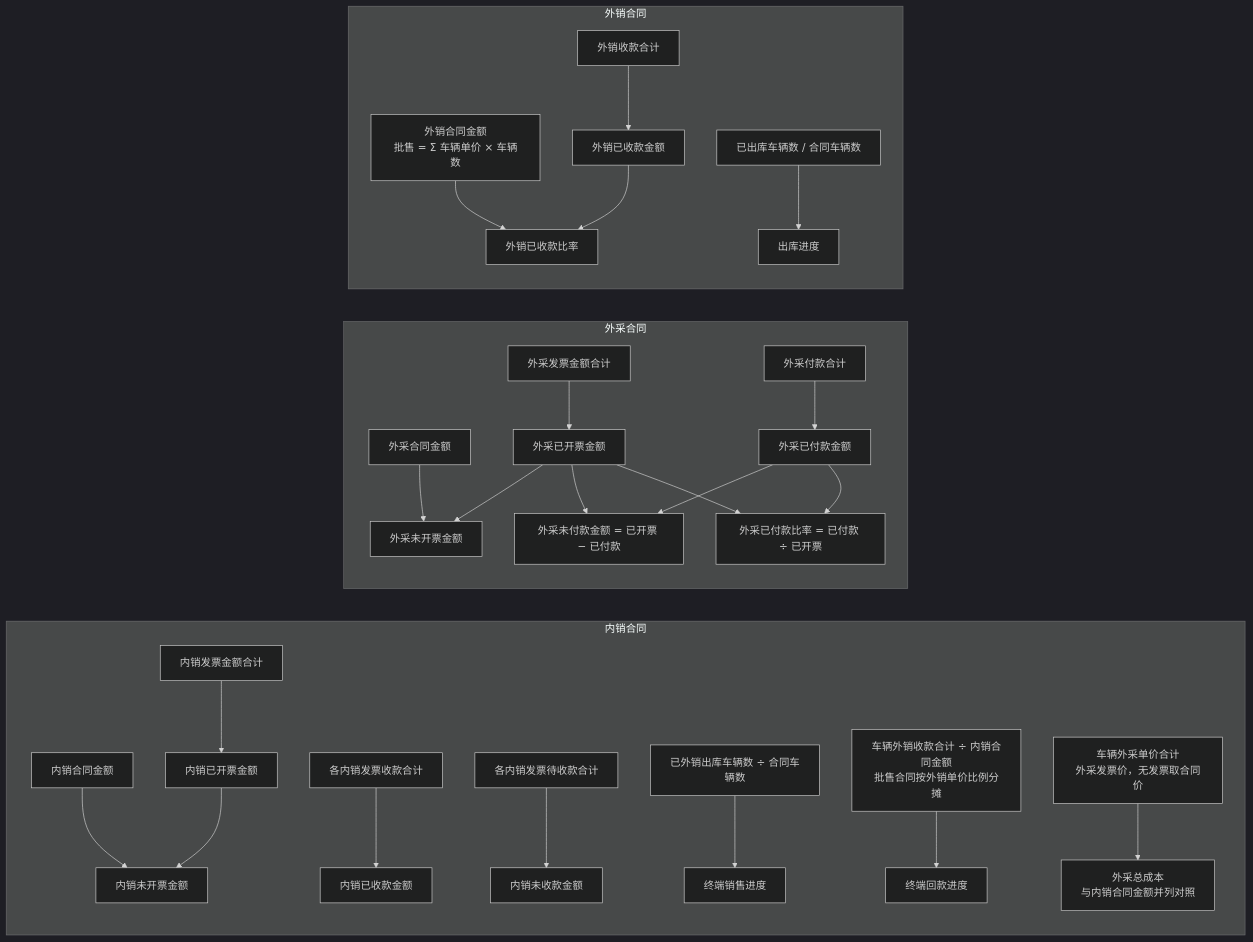
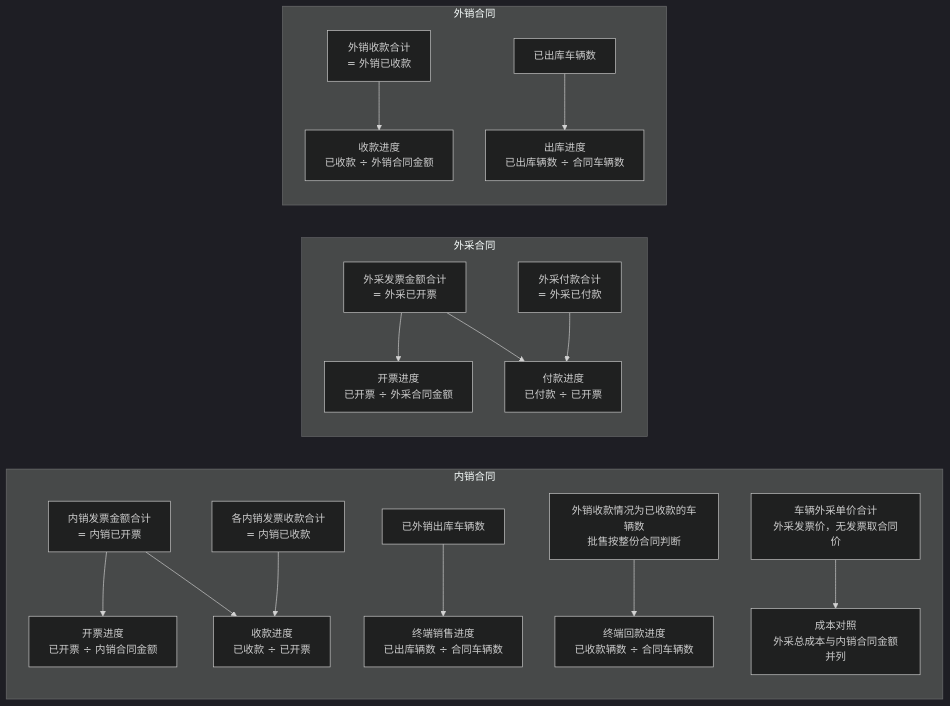
The third of 3 diagrams in asset-trust-platform/PRD/运营端/M4-合同信息/02-合同信息-流程图与状态机.md (wxblockchain/Chain-Financing), drawn with Mermaid (dark theme) before and after one commit. The commit also changed other lines of this file and 3 other files, not shown here.

````diff
--- a/asset-trust-platform/PRD/运营端/M4-合同信息/02-合同信息-流程图与状态机.md
+++ b/asset-trust-platform/PRD/运营端/M4-合同信息/02-合同信息-流程图与状态机.md
@@ -70,29 +72,20 @@
 ```mermaid
 flowchart LR
     subgraph 内销合同
-      DCA[内销合同金额] --> DUI[内销未开票金额]
-      DINV[内销发票金额合计] --> DII[内销已开票金额]
-      DII --> DUI
-      DREC[各内销发票收款合计] --> DRC[内销已收款金额]
-      DPEND[各内销发票待收款合计] --> DUR[内销未收款金额]
-      DOUT[已外销出库车辆数 ÷ 合同车辆数] --> DSP[终端销售进度]
-      DEXR[车辆外销收款合计 ÷ 内销合同金额<br/>批售合同按外销单价比例分摊] --> DRP[终端回款进度]
-      DCOST[车辆外采单价合计<br/>外采发票价，无发票取合同价] --> DTC[外采总成本<br/>与内销合同金额并列对照]
+      DINV[内销发票金额合计<br/>= 内销已开票] --> DP1[开票进度<br/>已开票 ÷ 内销合同金额]
+      DREC[各内销发票收款合计<br/>= 内销已收款] --> DP2[收款进度<br/>已收款 ÷ 已开票]
+      DINV --> DP2
+      DOUT[已外销出库车辆数] --> DP3[终端销售进度<br/>已出库辆数 ÷ 合同车辆数]
+      DEXR[外销收款情况为已收款的车辆数<br/>批售按整份合同判断] --> DP4[终端回款进度<br/>已收款辆数 ÷ 合同车辆数]
+      DCOST[车辆外采单价合计<br/>外采发票价，无发票取合同价] --> DTC[成本对照<br/>外采总成本与内销合同金额并列]
     end
     subgraph 外采合同
-      POA[外采合同金额] --> PUI[外采未开票金额]
-      PINV[外采发票金额合计] --> PII[外采已开票金额]
-      PII --> PUI
-      PPAY[外采付款合计] --> PPD[外采已付款金额]
-      PII --> PUP[外采未付款金额 = 已开票 − 已付款]
-      PPD --> PUP
-      PPD --> PRT[外采已付款比率 = 已付款 ÷ 已开票]
-      PII --> PRT
+      PINV[外采发票金额合计<br/>= 外采已开票] --> PP1[开票进度<br/>已开票 ÷ 外采合同金额]
+      PPAY[外采付款合计<br/>= 外采已付款] --> PP2[付款进度<br/>已付款 ÷ 已开票]
+      PINV --> PP2
     end
     subgraph 外销合同
-      ECA[外销合同金额<br/>批售 = Σ 车辆单价 × 车辆数] --> ERT[外销已收款比率]
-      EREC[外销收款合计] --> ERA[外销已收款金额]
-      ERA --> ERT
-      EOUT[已出库车辆数 / 合同车辆数] --> EOP[出库进度]
+      EREC[外销收款合计<br/>= 外销已收款] --> EP1[收款进度<br/>已收款 ÷ 外销合同金额]
+      EOUT[已出库车辆数] --> EP2[出库进度<br/>已出库辆数 ÷ 合同车辆数]
     end
 ```
````
